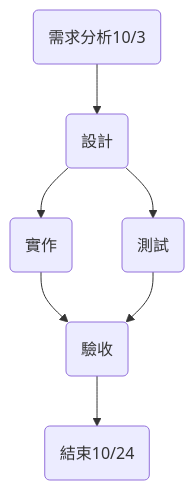
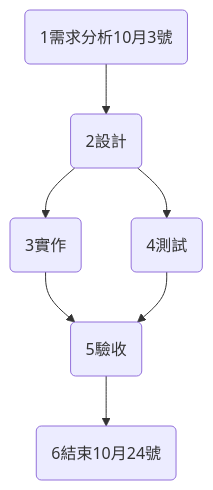
One commit to gino2066/- changed the second of 2 diagrams in README.md. Above: the diagram before and after it, drawn with Mermaid. The commit also changed other lines of this file, not shown here.

````diff
--- a/README.md
+++ b/README.md
@@ -27,9 +27,9 @@
 ```mermaid
 graph TD
-    A(需求分析10/3) --> B(設計)
-    B --> C(實作)
-    B --> D(測試)
-    C --> E(驗收)
+    A(1需求分析10月3號) --> B(2設計)
+    B --> C(3實作)
+    B --> D(4測試)
+    C --> E(5驗收)
     D --> E
-    E --> F(結束10/24)
+    E --> F(6結束10月24號)
 ```
````
